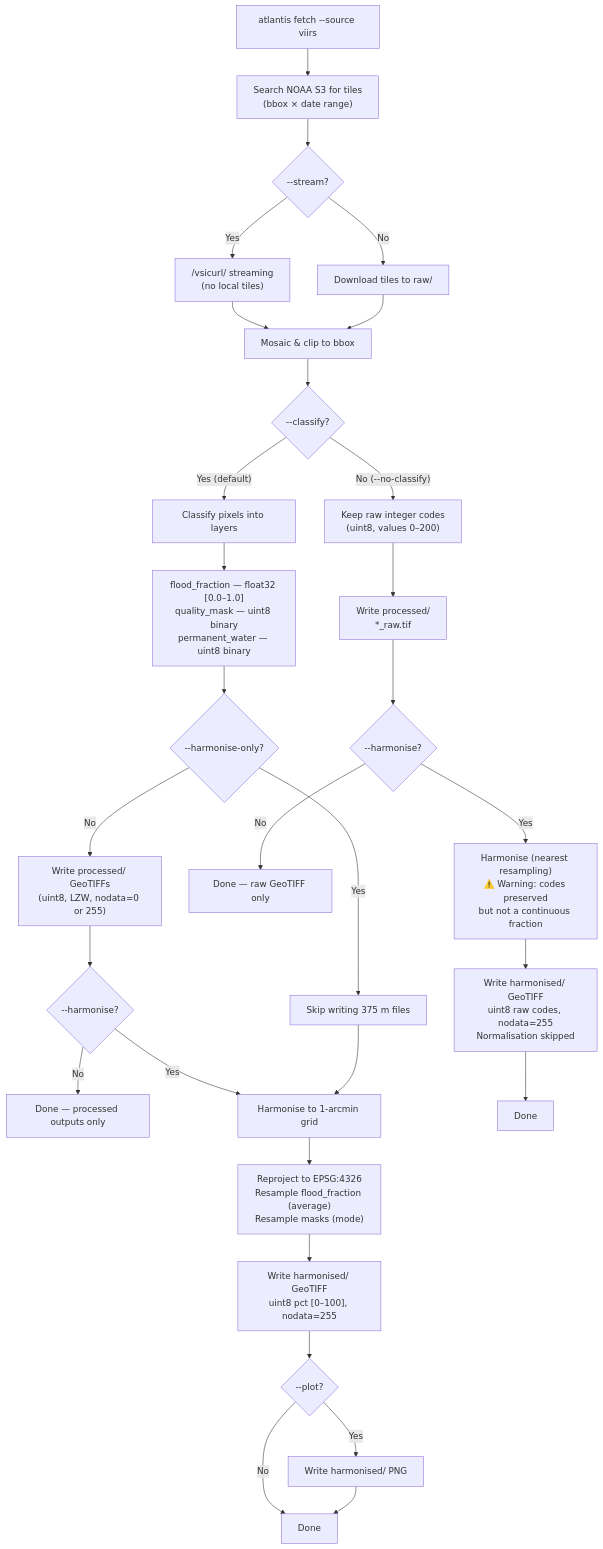
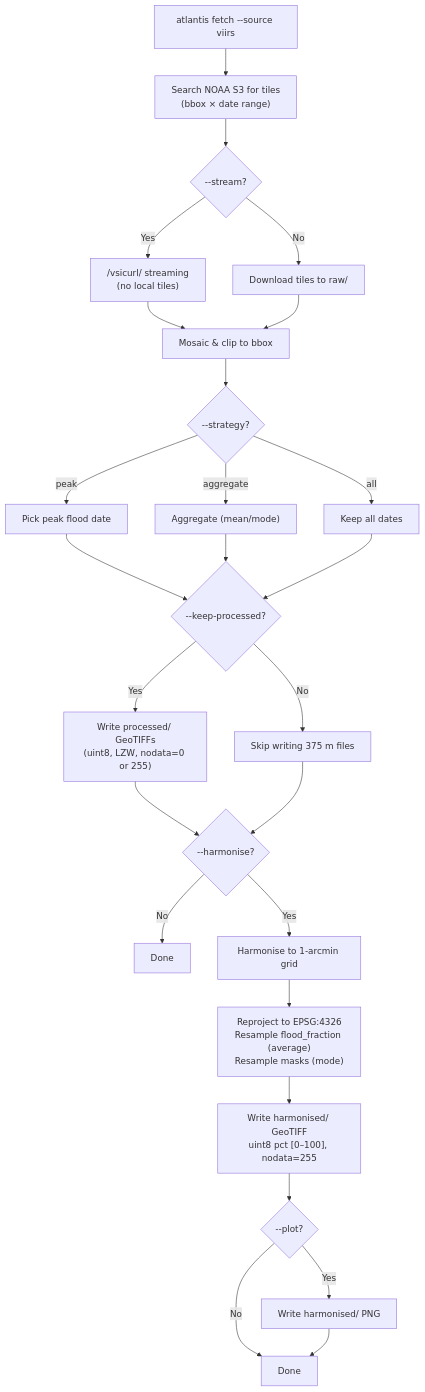
Before and after one commit to opageo/atlantis: the diagram in docs/viirs_pipeline.md, drawn with Mermaid. The commit also changed other lines of this file and 10 other files, not shown here.

````diff
--- a/docs/viirs_pipeline.md
+++ b/docs/viirs_pipeline.md
@@ -7,45 +7,37 @@
 ```mermaid
 flowchart TD
     START["atlantis fetch --source viirs"] --> SEARCH["Search NOAA S3 for tiles<br/>(bbox × date range)"]
     SEARCH --> STREAM{--stream?}
 
     STREAM -->|Yes| VSICURL["/vsicurl/ streaming<br/>(no local tiles)"]
     STREAM -->|No| DOWNLOAD["Download tiles to raw/"]
 
     VSICURL --> MOSAIC["Mosaic & clip to bbox"]
     DOWNLOAD --> MOSAIC
 
-    MOSAIC --> CLASSIFY{--classify?}
+    MOSAIC --> STRATEGY{--strategy?}
 
-    %% ─── Classify path ───────────────────────────────
-    CLASSIFY -->|"Yes (default)"| CLASS_OUT["Classify pixels into layers"]
-    CLASS_OUT --> LAYERS["flood_fraction — float32 [0.0–1.0]<br/>quality_mask — uint8 binary<br/>permanent_water — uint8 binary"]
+    STRATEGY -->|peak| PEAK["Pick peak flood date"]
+    STRATEGY -->|aggregate| AGG["Aggregate (mean/mode)"]
+    STRATEGY -->|all| ALL["Keep all dates"]
 
-    LAYERS --> HARM_ONLY{--harmonise-only?}
-    HARM_ONLY -->|Yes| SKIP_PROC["Skip writing 375 m files"]
-    HARM_ONLY -->|No| WRITE_PROC["Write processed/ GeoTIFFs<br/>(uint8, LZW, nodata=0 or 255)"]
+    PEAK --> KEEP_PROC{--keep-processed?}
+    AGG --> KEEP_PROC
+    ALL --> KEEP_PROC
+
+    KEEP_PROC -->|Yes| WRITE_PROC["Write processed/ GeoTIFFs<br/>(uint8, LZW, nodata=0 or 255)"]
+    KEEP_PROC -->|No| SKIP_PROC["Skip writing 375 m files"]
 
     WRITE_PROC --> HARM{--harmonise?}
-    HARM -->|No| DONE_PROC["Done — processed outputs only"]
-    HARM -->|Yes| HARMONISE
-
-    SKIP_PROC --> HARMONISE["Harmonise to 1-arcmin grid"]
-
-    %% ─── Raw path ────────────────────────────────────
-    CLASSIFY -->|"No (--no-classify)"| RAW_OUT["Keep raw integer codes<br/>(uint8, values 0–200)"]
-    RAW_OUT --> WRITE_RAW["Write processed/<br/>*_raw.tif"]
-    WRITE_RAW --> HARM_RAW{--harmonise?}
-    HARM_RAW -->|No| DONE_RAW["Done — raw GeoTIFF only"]
-    HARM_RAW -->|Yes| HARMONISE_RAW["Harmonise (nearest resampling)<br/>⚠️ Warning: codes preserved<br/>but not a continuous fraction"]
+    SKIP_PROC --> HARM
+    HARM -->|No| DONE_PROC["Done"]
+    HARM -->|Yes| HARMONISE["Harmonise to 1-arcmin grid"]
 
     %% ─── Harmonisation detail ────────────────────────
     HARMONISE --> HARM_STEPS["Reproject to EPSG:4326<br/>Resample flood_fraction (average)<br/>Resample masks (mode)"]
     HARM_STEPS --> HARM_WRITE["Write harmonised/ GeoTIFF<br/>uint8 pct [0–100], nodata=255"]
     HARM_WRITE --> PLOT{--plot?}
     PLOT -->|Yes| PNG["Write harmonised/ PNG"]
     PLOT -->|No| DONE_HARM["Done"]
     PNG --> DONE_HARM
-
-    HARMONISE_RAW --> HARM_RAW_WRITE["Write harmonised/ GeoTIFF<br/>uint8 raw codes, nodata=255<br/>Normalisation skipped"]
-    HARM_RAW_WRITE --> DONE_RAW_HARM["Done"]
 ```
````
